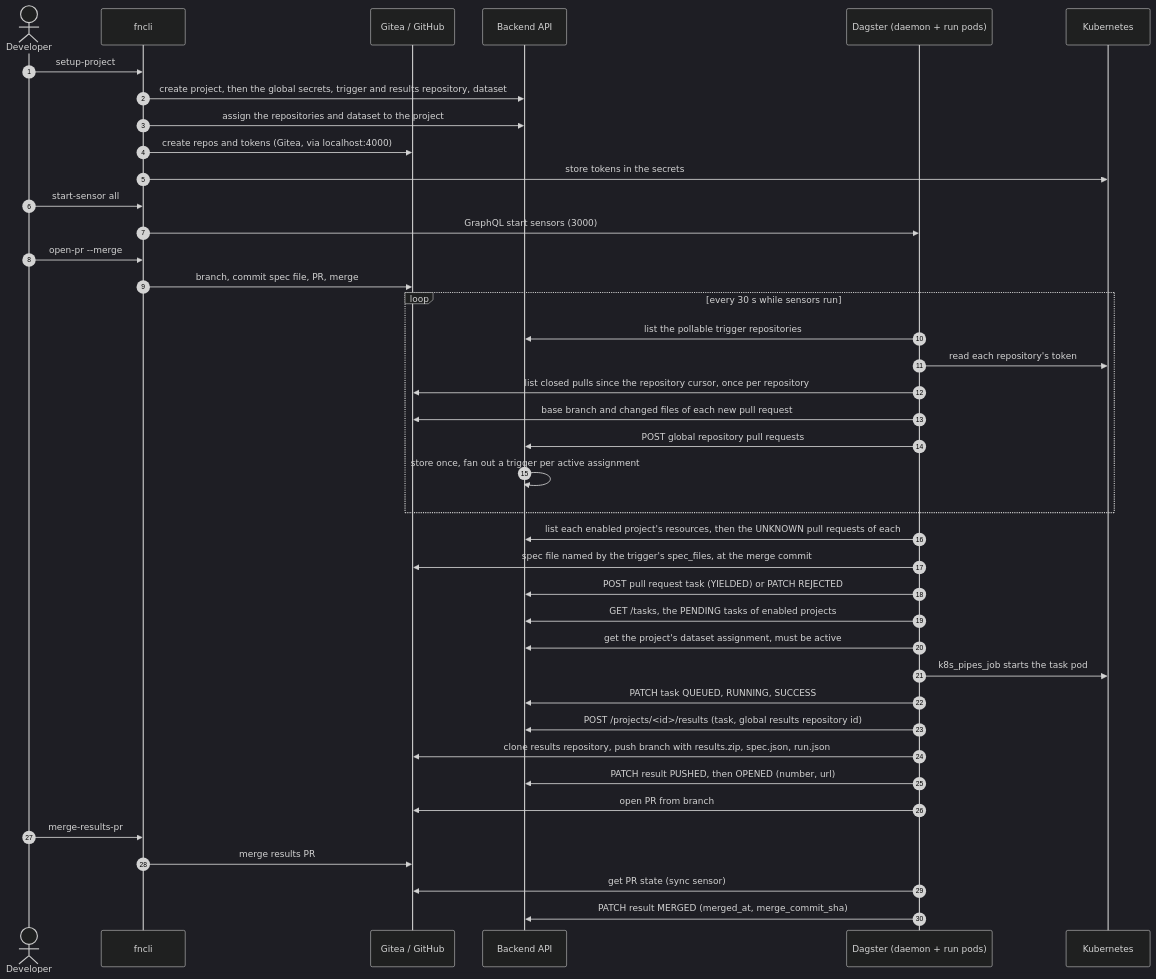
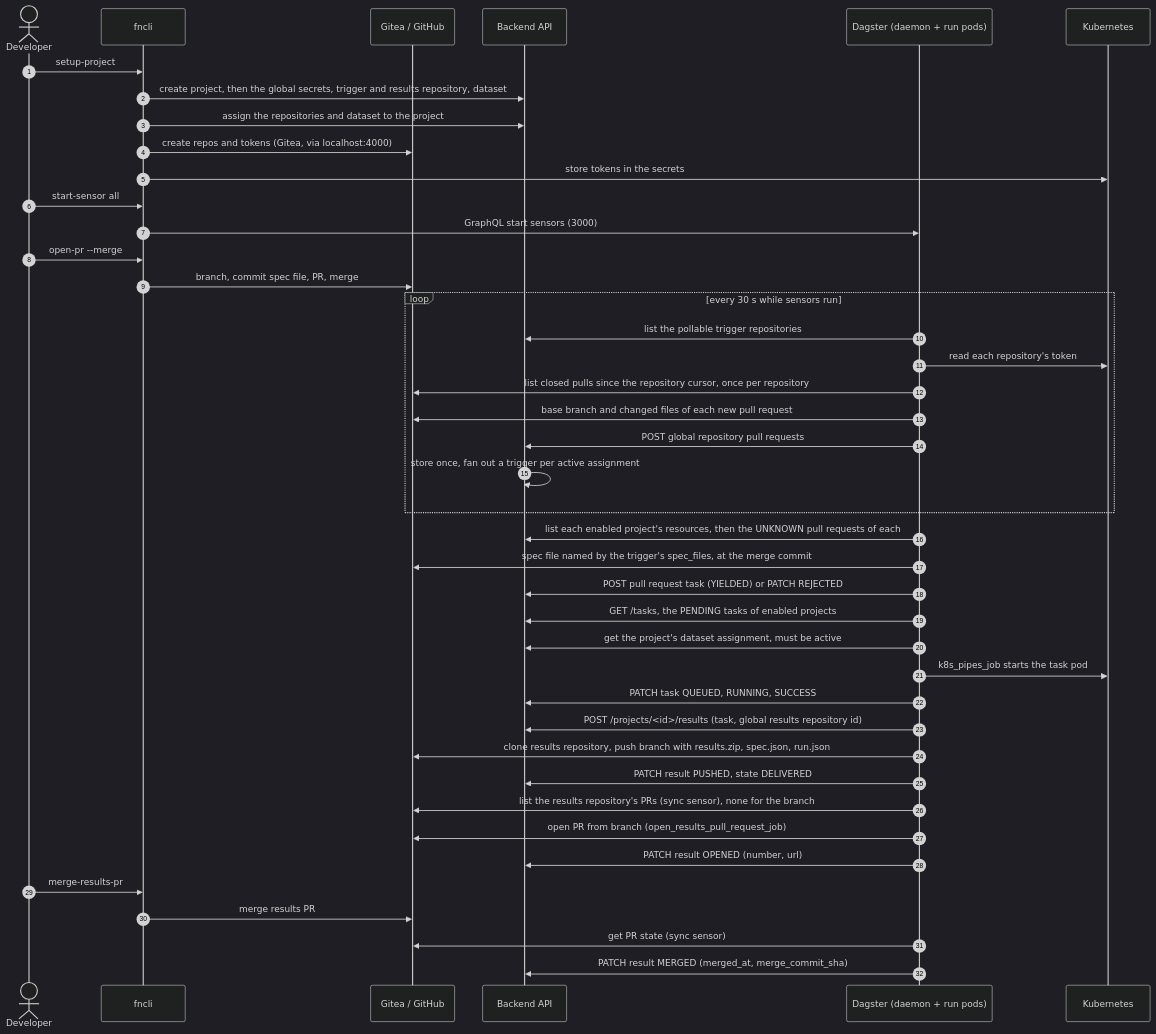
Before and after one commit to Aridhia-Open-Source/PHEMS_federated_node: the second of 3 diagrams in docs/architecture/flows.md, drawn with Mermaid (dark theme). The commit also changed other lines of this file and 49 other files, not shown here.

First line of the commit message:
Results PR sensor owns the pull request; one provider list per results repository per tick (#621)

````diff
--- a/docs/architecture/flows.md
+++ b/docs/architecture/flows.md
@@ -56,44 +56,46 @@
 ```mermaid
 sequenceDiagram
     autonumber
     actor Dev as Developer
     participant CLI as fncli
     participant Git as Gitea / GitHub
     participant BE as Backend API
     participant DG as Dagster (daemon + run pods)
     participant K8s as Kubernetes
 
     Dev->>CLI: setup-project
     CLI->>BE: create project, then the global secrets, trigger and results repository, dataset
     CLI->>BE: assign the repositories and dataset to the project
     CLI->>Git: create repos and tokens (Gitea, via localhost:4000)
     CLI->>K8s: store tokens in the secrets
     Dev->>CLI: start-sensor all
     CLI->>DG: GraphQL start sensors (3000)
     Dev->>CLI: open-pr --merge
     CLI->>Git: branch, commit spec file, PR, merge
 
     loop every 30 s while sensors run
         DG->>BE: list the pollable trigger repositories
         DG->>K8s: read each repository's token
         DG->>Git: list closed pulls since the repository cursor, once per repository
         DG->>Git: base branch and changed files of each new pull request
         DG->>BE: POST global repository pull requests
         BE->>BE: store once, fan out a trigger per active assignment
     end
     DG->>BE: list each enabled project's resources, then the UNKNOWN pull requests of each
     DG->>Git: spec file named by the trigger's spec_files, at the merge commit
     DG->>BE: POST pull request task (YIELDED) or PATCH REJECTED
     DG->>BE: GET /tasks, the PENDING tasks of enabled projects
     DG->>BE: get the project's dataset assignment, must be active
     DG->>K8s: k8s_pipes_job starts the task pod
     DG->>BE: PATCH task QUEUED, RUNNING, SUCCESS
     DG->>BE: POST /projects/<id>/results (task, global results repository id)
     DG->>Git: clone results repository, push branch with results.zip, spec.json, run.json
-    DG->>BE: PATCH result PUSHED, then OPENED (number, url)
-    DG->>Git: open PR from branch
+    DG->>BE: PATCH result PUSHED, state DELIVERED
+    DG->>Git: list the results repository's PRs (sync sensor), none for the branch
+    DG->>Git: open PR from branch (open_results_pull_request_job)
+    DG->>BE: PATCH result OPENED (number, url)
     Dev->>CLI: merge-results-pr
     CLI->>Git: merge results PR
     DG->>Git: get PR state (sync sensor)
     DG->>BE: PATCH result MERGED (merged_at, merge_commit_sha)
 ```
````
